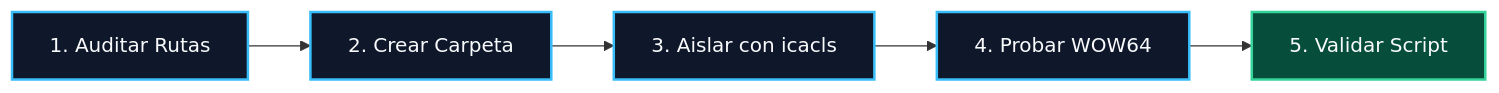
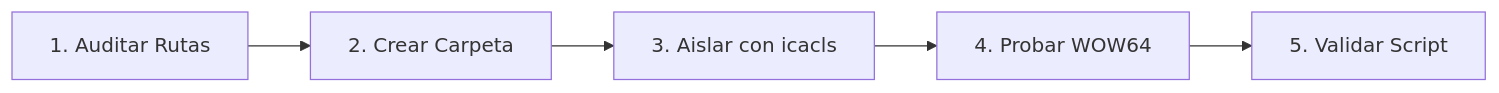
One commit to purpesec/Cybersecurity-For-Beginners changed the diagram in malware-analysis/01-arquitectura-windows-directorios-y-permisos/lab/README.md. Above: the diagram before and after it, drawn with Mermaid. The commit also changed 4 other files, not shown here.

Commit message:
style: remover classDef y colores personalizados para usar estilo nativo estandar de Mermaid

````diff
--- a/malware-analysis/01-arquitectura-windows-directorios-y-permisos/lab/README.md
+++ b/malware-analysis/01-arquitectura-windows-directorios-y-permisos/lab/README.md
@@ -24,7 +24,4 @@
 ```mermaid
 flowchart LR
-    classDef step fill:#0f172a,stroke:#38bdf8,stroke-width:2px,color:#f8fafc;
-    classDef check fill:#064e3b,stroke:#34d399,stroke-width:2px,color:#f8fafc;
-
-    S1["1. Auditar Rutas"]:::step --> S2["2. Crear Carpeta"]:::step --> S3["3. Aislar con icacls"]:::step --> S4["4. Probar WOW64"]:::step --> S5["5. Validar Script"]:::check
+    S1["1. Auditar Rutas"] --> S2["2. Crear Carpeta"] --> S3["3. Aislar con icacls"] --> S4["4. Probar WOW64"] --> S5["5. Validar Script"]
 ```
````
